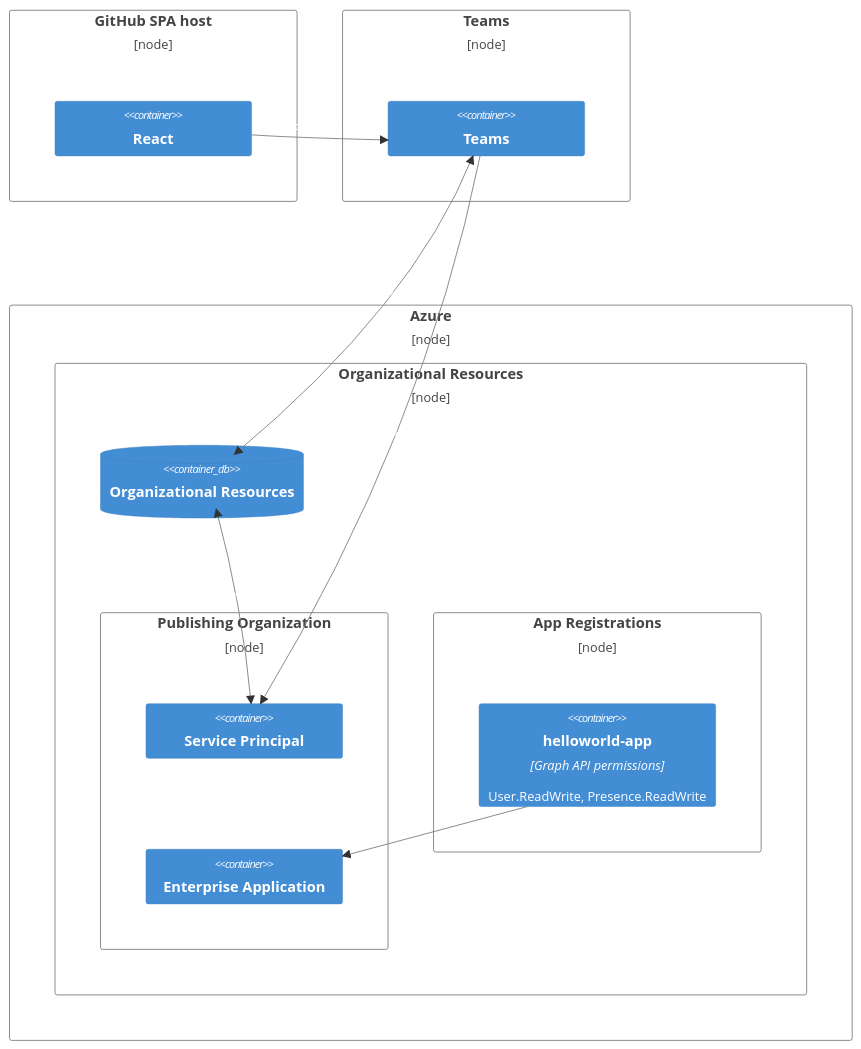
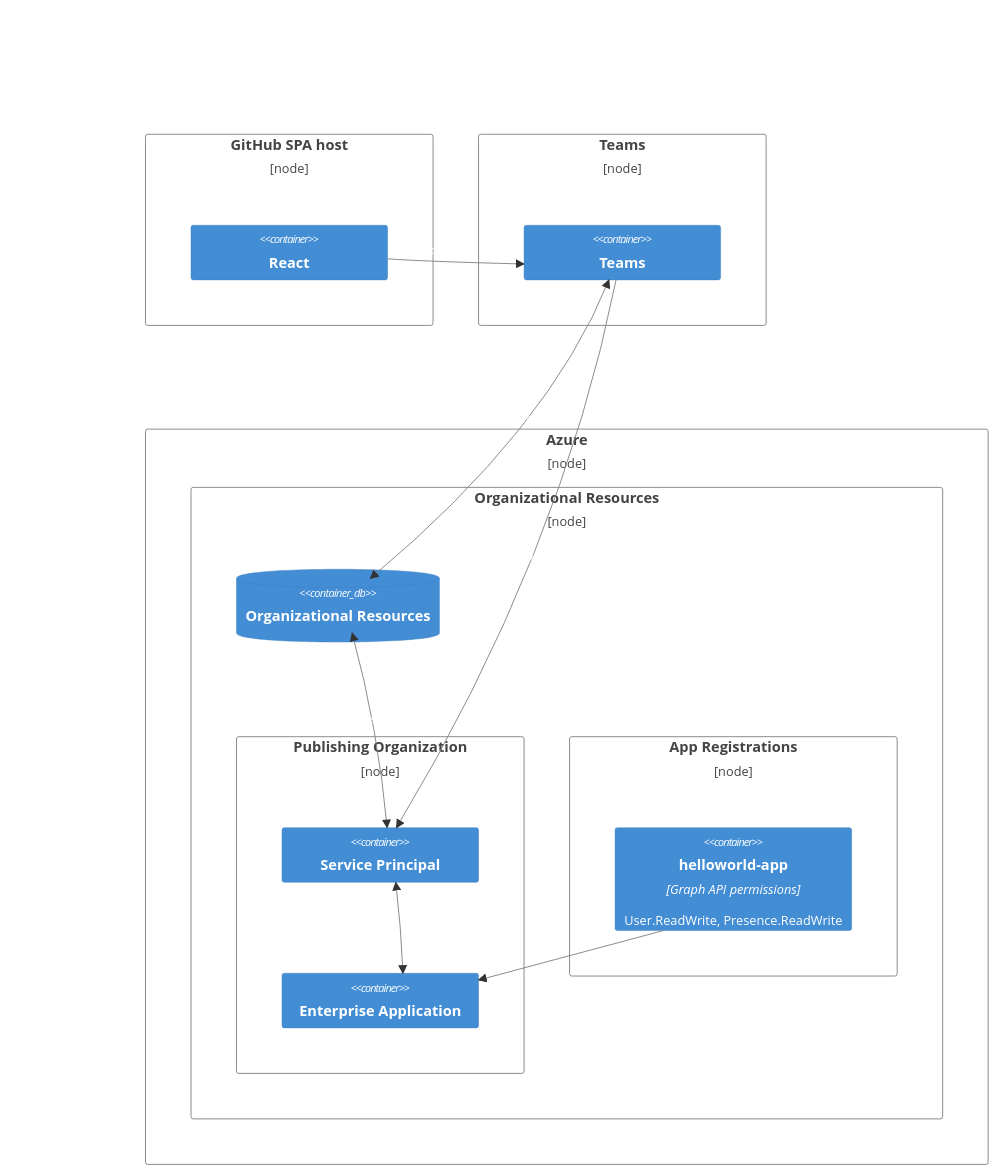
One commit to CynicDog/azure-entra-in-spa changed the diagram in README.md. Above: the diagram before and after it, drawn with Mermaid.

````diff
--- a/README.md
+++ b/README.md
@@ -2,46 +2,48 @@
 ```mermaid
 C4Deployment
     title  
     
     Deployment_Node(github, "GitHub SPA host") {
         Container(React, "React", "", "")
     }
 
     Deployment_Node(teams, "Teams") {
         Container(Teams, "Teams", "", "")
     }
 
     Deployment_Node(azure, "Azure") {
         Deployment_Node(organizationalResources, "Organizational Resources") {
         ContainerDb(Organizational_Resources, "Organizational Resources", "")
         
         Deployment_Node(publishingOrganization, "Publishing Organization") {
             Container(Service_Principal, "Service Principal", "", "")
             Container(Enterprise_Application, "Enterprise Application", "", "")        
         }
 
         Deployment_Node(appRegistrations, "App Registrations") {
                 Container(helloworld_app, "helloworld-app", "Graph API permissions", "User.ReadWrite, Presence.ReadWrite")
             }
         }
     }
     
     Rel(helloworld_app, Enterprise_Application, "Exposes as")
     Rel(Teams, Service_Principal, "Delegates to")
     Rel(React, Teams, "Provides endpoint")
     BiRel(Service_Principal, Organizational_Resources, "Accesses")
     BiRel(Teams, Organizational_Resources, "On behalf of user")
+    BiRel(Enterprise_Application, Service_Principal, "")
 
     UpdateElementStyle(azure, $borderColor="gray")
     UpdateElementStyle(github, $borderColor="gray")
     UpdateElementStyle(teams, $borderColor="gray")
     UpdateElementStyle(organizationalResources, $borderColor="gray")
     UpdateElementStyle(appRegistrations, $borderColor="gray")
     UpdateElementStyle(publishingOrganization, $borderColor="gray")
     
     UpdateRelStyle(helloworld_app, Enterprise_Application, $textColor="white", $lineColor="gray", ,$offsetX="5")
     UpdateRelStyle(Teams, Service_Principal, $textColor="white", $lineColor="gray", $offsetX="-40")
     UpdateRelStyle(React, Teams, $textColor="white", $lineColor="gray", $offsetY="-15", $offsetX="-40")
     UpdateRelStyle(Service_Principal, Organizational_Resources, $textColor="white", $lineColor="gray", $offsetY="-15", $offsetX="-40")
     UpdateRelStyle(Teams, Organizational_Resources, $textColor="white", $lineColor="gray", $offsetY="-15", $offsetX="-40")
+    UpdateRelStyle(Enterprise_Application, Service_Principal, $textColor="white", $lineColor="gray")
 ```
````
